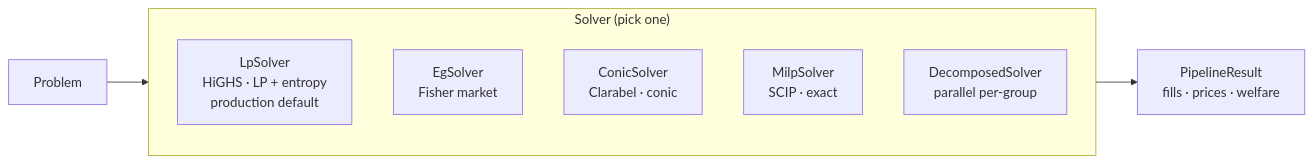
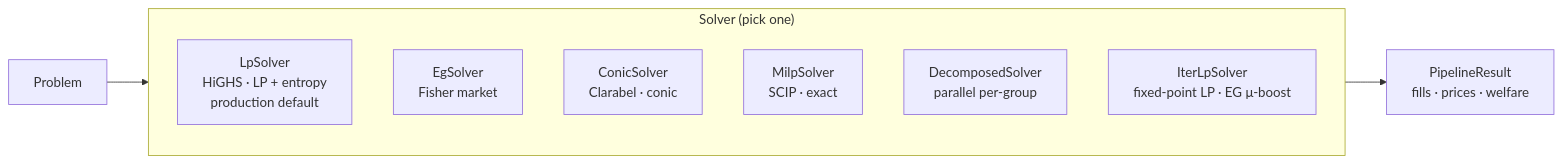
The diagram in docs/architecture/Solver Landscape.md (MetaB0y/sybil), drawn with Mermaid before and after one commit. The commit also changed other lines of this file and 46 other files, not shown here.

First line of the commit message:
docs: estate cleanup - drift fixes, diagrams, remove Mintlify sediment

````diff
--- a/docs/architecture/Solver Landscape.md
+++ b/docs/architecture/Solver Landscape.md
@@ -23,14 +24,15 @@
 ```mermaid
 flowchart LR
     IN["Problem"]
     subgraph solvers["Solver (pick one)"]
         direction TB
         LP["LpSolver<br/>HiGHS · LP + entropy<br/>production default"]
         EG["EgSolver<br/>Fisher market"]
         CONIC["ConicSolver<br/>Clarabel · conic"]
         MILP["MilpSolver<br/>SCIP · exact"]
         DECOMP["DecomposedSolver<br/>parallel per-group"]
+        ITERLP["IterLpSolver<br/>fixed-point LP · EG μ-boost"]
     end
     OUT["PipelineResult<br/>fills · prices · welfare"]
     IN --> solvers --> OUT
 ```
````
